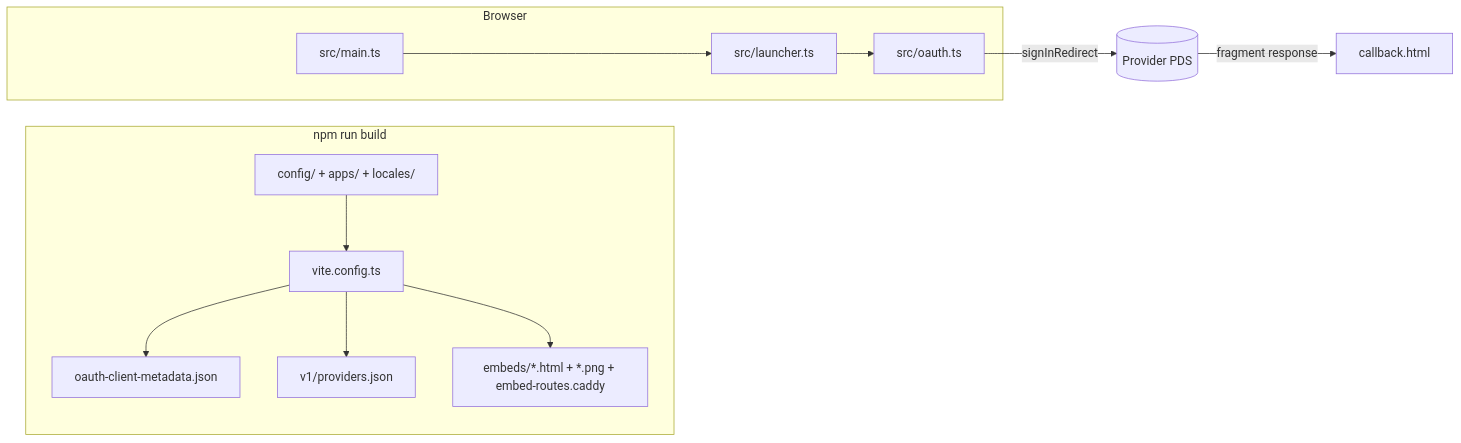
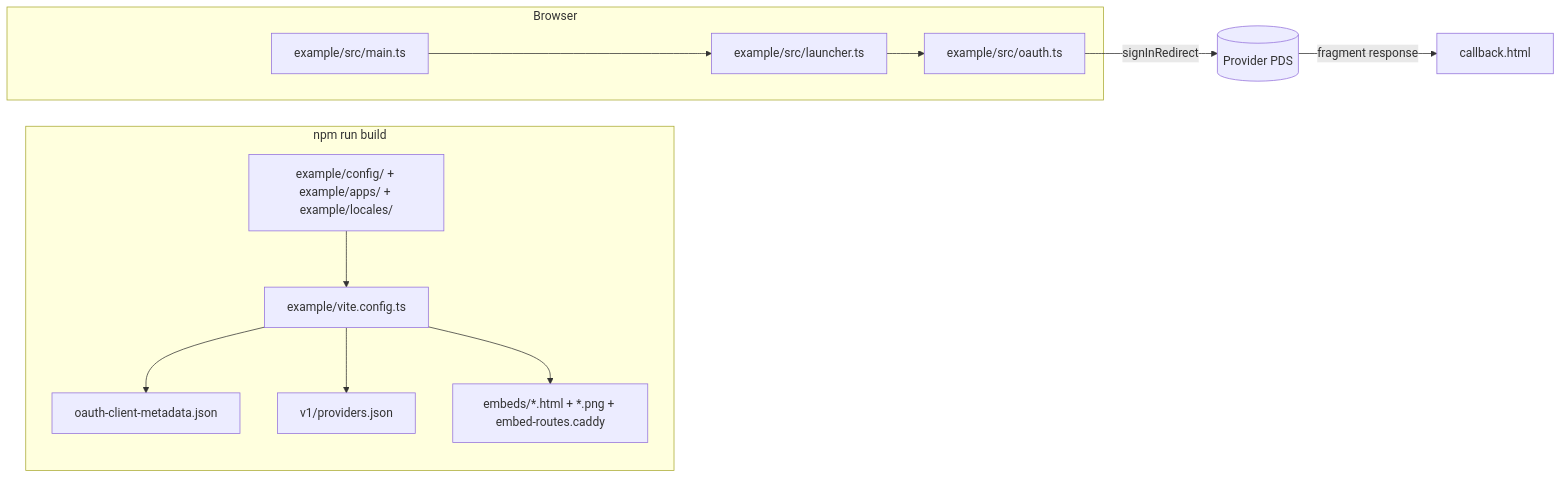
One commit to solimaniac/launcher-at changed the diagram in AGENTS.md. Above: the diagram before and after it, drawn with Mermaid. The commit also changed other lines of this file and 68 other files, not shown here.

Commit message:
Move the launcher website into example and preserve root commands

````diff
--- a/AGENTS.md
+++ b/AGENTS.md
@@ -27,15 +27,15 @@
 ```mermaid
 flowchart LR
   subgraph Build["npm run build"]
-    cfg[config/ + apps/ + locales/] --> vite[vite.config.ts]
+    cfg[example/config/ + example/apps/ + example/locales/] --> vite[example/vite.config.ts]
     vite --> meta[oauth-client-metadata.json]
     vite --> reg[v1/providers.json]
     vite --> embeds[embeds/*.html + *.png + embed-routes.caddy]
   end
   subgraph Browser
-    main[src/main.ts] --> launcher[src/launcher.ts]
-    launcher --> oauth[src/oauth.ts]
+    main[example/src/main.ts] --> launcher[example/src/launcher.ts]
+    launcher --> oauth[example/src/oauth.ts]
   end
   oauth -- signInRedirect --> PDS[(Provider PDS)]
   PDS -- fragment response --> callback[callback.html]
 ```
````
